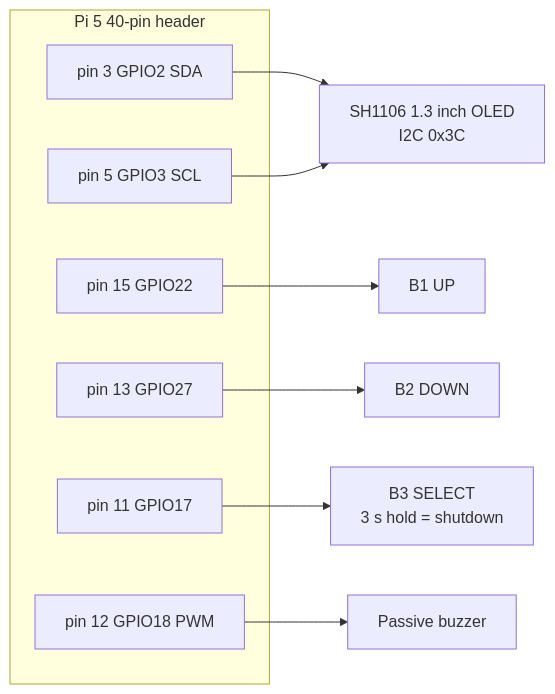
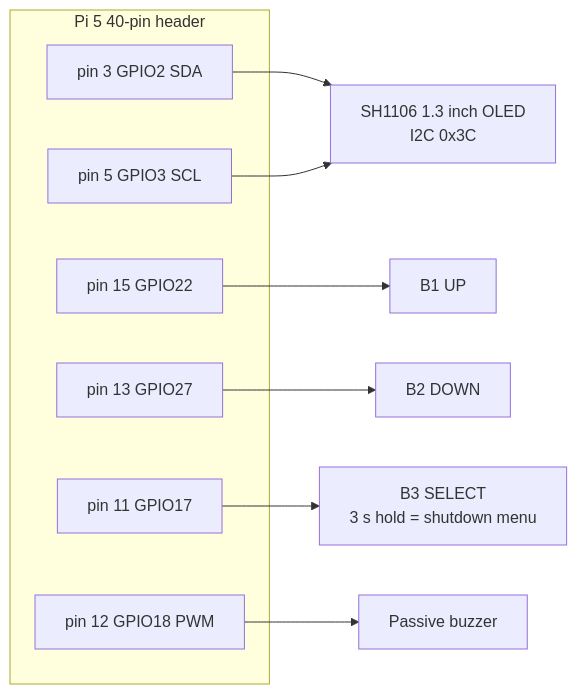
The ninth of 9 diagrams in docs/guide/02-hardware.md (GVishwasReddy/AERIX-Capstone-Team-21), drawn with Mermaid before and after one commit. The commit also changed other lines of this file and 8 other files, not shown here.

````diff
--- a/docs/guide/02-hardware.md
+++ b/docs/guide/02-hardware.md
@@ -432,17 +433,17 @@
 ```mermaid
 flowchart LR
     subgraph HDR["Pi 5 40-pin header"]
         P3["pin 3 GPIO2 SDA"]
         P5["pin 5 GPIO3 SCL"]
         P15["pin 15 GPIO22"]
         P13["pin 13 GPIO27"]
         P11["pin 11 GPIO17"]
         P12["pin 12 GPIO18 PWM"]
     end
     P3 --> OLED["SH1106 1.3 inch OLED<br/>I2C 0x3C"]
     P5 --> OLED
     P15 --> B1["B1 UP"]
     P13 --> B2["B2 DOWN"]
-    P11 --> B3["B3 SELECT<br/>3 s hold = shutdown"]
+    P11 --> B3["B3 SELECT<br/>3 s hold = shutdown menu"]
     P12 --> BZ["Passive buzzer"]
 ```
````
